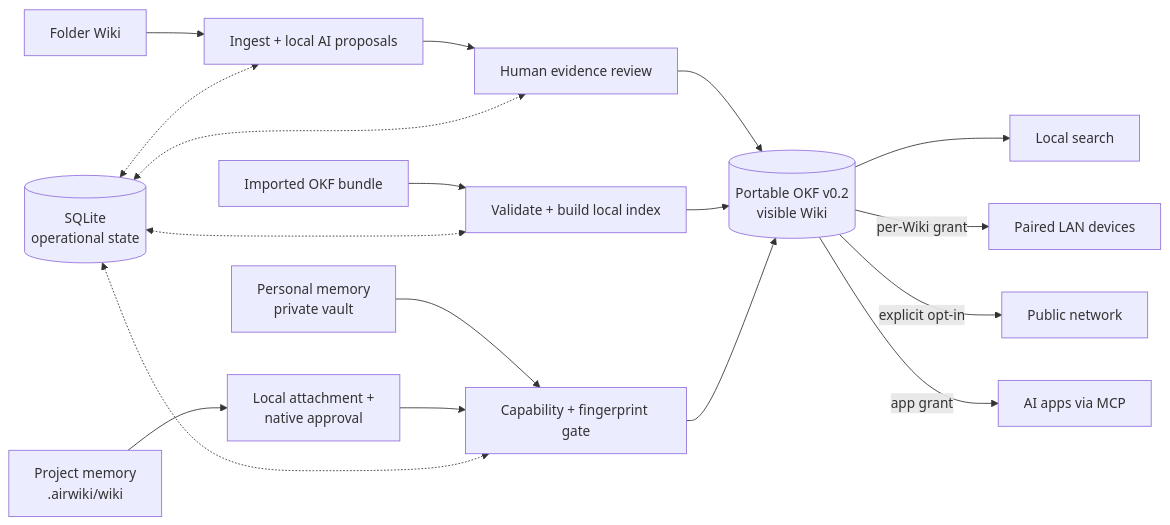
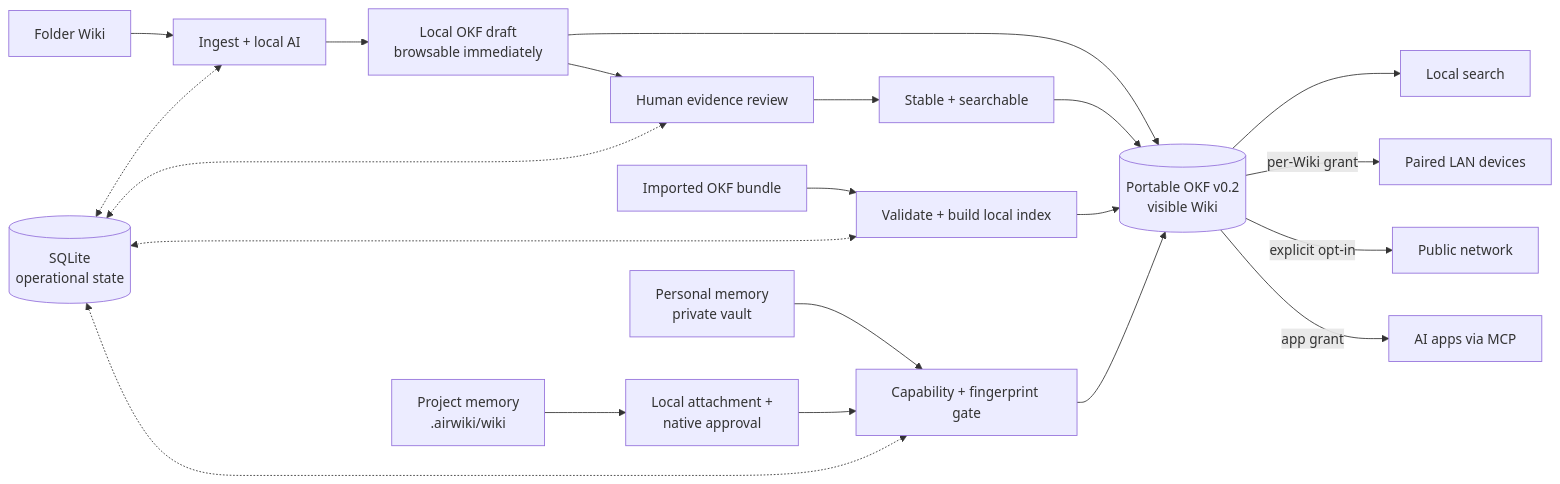
The second of 2 diagrams in README.md (airwiki/airwiki), drawn with Mermaid before and after one commit. The commit also changed other lines of this file and 88 other files, not shown here.

````diff
--- a/README.md
+++ b/README.md
@@ -188,25 +228,28 @@
 ```mermaid
 flowchart LR
-    folder["Folder Wiki"] --> folder_pipeline["Ingest + local AI proposals"]
-    folder_pipeline --> review["Human evidence review"]
-    review --> bundle[("Portable OKF v0.2<br/>visible Wiki")]
+    folder["Folder Wiki"] --> folder_pipeline["Ingest + local AI"]
+    folder_pipeline --> draft["Local OKF draft<br/>browsable immediately"]
+    draft --> review["Human evidence review"]
+    review --> stable["Stable + searchable"]
+    draft --> bundle[("Portable OKF v0.2<br/>visible Wiki")]
+    stable --> bundle
 
     imported["Imported OKF bundle"] --> import_pipeline["Validate + build local index"]
     import_pipeline --> bundle
 
     memory["Personal memory<br/>private vault"] --> capability["Capability + fingerprint gate"]
     project_memory["Project memory<br/>.airwiki/wiki"] --> attachment["Local attachment +<br/>native approval"]
     attachment --> capability
     capability --> bundle
 
     state[("SQLite<br/>operational state")]
     state <-.-> folder_pipeline
     state <-.-> import_pipeline
     state <-.-> capability
     state <-.-> review
 
     bundle --> local["Local search"]
     bundle -- "per-Wiki grant" --> lan["Paired LAN devices"]
     bundle -- "explicit opt-in" --> public["Public network"]
     bundle -- "app grant" --> mcp["AI apps via MCP"]
 ```
````
